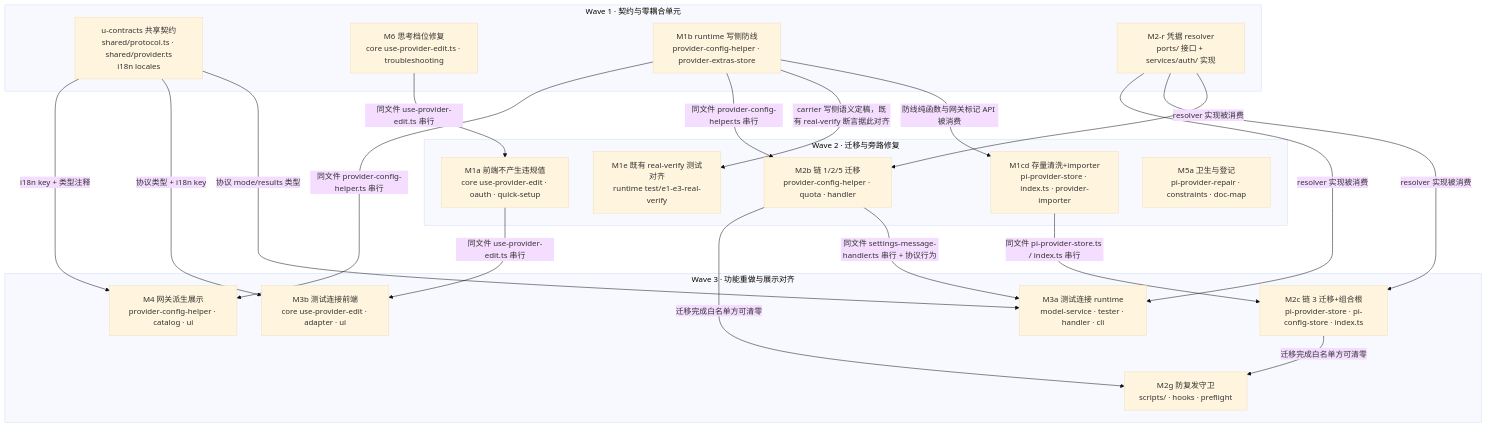
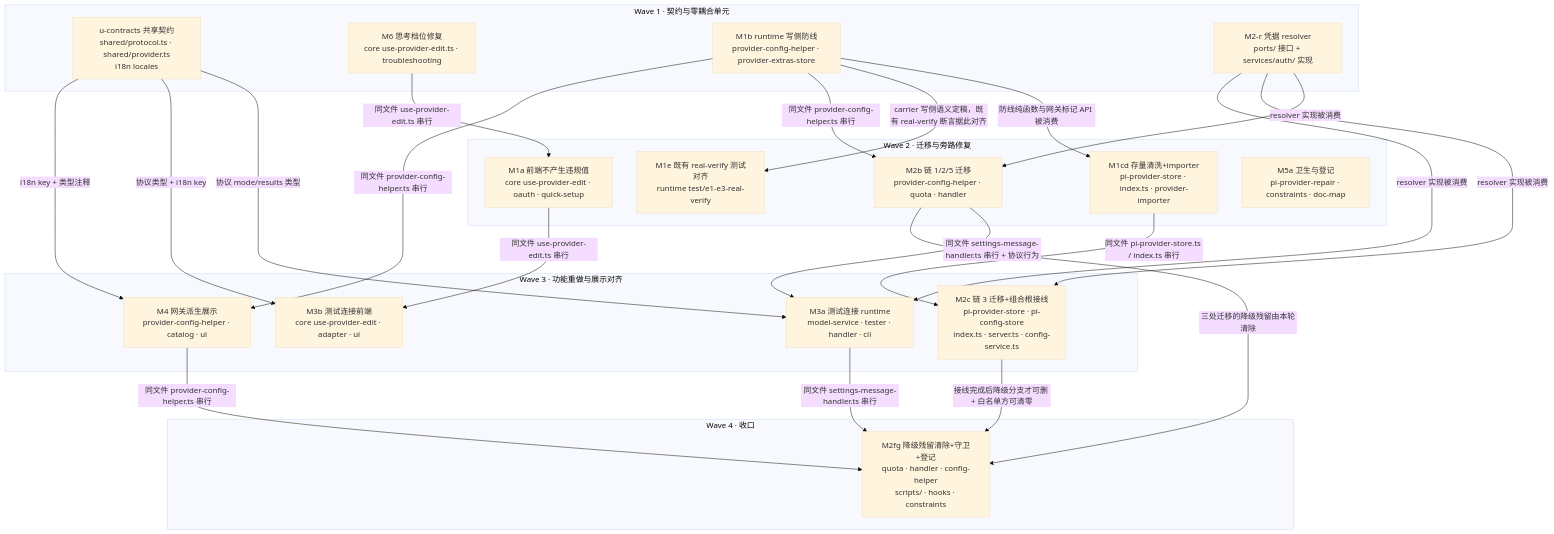
Before and after one commit to zhushanwen321/xyz-agent: the diagram in docs/design/catalog-provider-field-authority.impl-plan.md, drawn with Mermaid (base theme). The commit also changed other lines of this file, not shown here.

Commit message:
docs(impl-plan): merge M2g+M5b into M2fg, extend M2c territory (wave-3/4 restructure)

````diff
--- a/docs/design/catalog-provider-field-authority.impl-plan.md
+++ b/docs/design/catalog-provider-field-authority.impl-plan.md
@@ -66,39 +67,43 @@
 ```mermaid
 graph TD
   subgraph W1[Wave 1 · 契约与零耦合单元]
     U0["u-contracts 共享契约<br/>shared/protocol.ts · shared/provider.ts<br/>i18n locales"]
     U6["M6 思考档位修复<br/>core use-provider-edit.ts · troubleshooting"]
     U1B["M1b runtime 写侧防线<br/>provider-config-helper · provider-extras-store"]
     U2R["M2-r 凭据 resolver<br/>ports/ 接口 + services/auth/ 实现"]
   end
   subgraph W2[Wave 2 · 迁移与旁路修复]
     U1A["M1a 前端不产生违规值<br/>core use-provider-edit · oauth · quick-setup"]
     U1CD["M1cd 存量清洗+importer<br/>pi-provider-store · index.ts · provider-importer"]
     U1E["M1e 既有 real-verify 测试对齐<br/>runtime test/e1-e3-real-verify"]
     U2B["M2b 链 1/2/5 迁移<br/>provider-config-helper · quota · handler"]
     U5A["M5a 卫生与登记<br/>pi-provider-repair · constraints · doc-map"]
   end
   subgraph W3[Wave 3 · 功能重做与展示对齐]
-    U2C["M2c 链 3 迁移+组合根<br/>pi-provider-store · pi-config-store · index.ts"]
-    U2G["M2g 防复发守卫<br/>scripts/ · hooks · preflight"]
+    U2C["M2c 链 3 迁移+组合根接线<br/>pi-provider-store · pi-config-store<br/>index.ts · server.ts · config-service.ts"]
     U3A["M3a 测试连接 runtime<br/>model-service · tester · handler · cli"]
     U3B["M3b 测试连接前端<br/>core use-provider-edit · adapter · ui"]
     U4["M4 网关派生展示<br/>provider-config-helper · catalog · ui"]
+  end
+  subgraph W4[Wave 4 · 收口]
+    U2FG["M2fg 降级残留清除+守卫+登记<br/>quota · handler · config-helper<br/>scripts/ · hooks · constraints"]
   end
   U0 -->|"协议 mode/results 类型"| U3A
   U0 -->|"协议类型 + i18n key"| U3B
   U0 -->|"i18n key + 类型注释"| U4
   U6 -->|"同文件 use-provider-edit.ts 串行"| U1A
   U1B -->|"防线纯函数与网关标记 API 被消费"| U1CD
   U1B -->|"carrier 写侧语义定稿，既有 real-verify 断言据此对齐"| U1E
   U1B -->|"同文件 provider-config-helper.ts 串行"| U2B
   U1B -->|"同文件 provider-config-helper.ts 串行"| U4
   U1CD -->|"同文件 pi-provider-store.ts / index.ts 串行"| U2C
   U2R -->|"resolver 实现被消费"| U2B
   U2R -->|"resolver 实现被消费"| U2C
   U2R -->|"resolver 实现被消费"| U3A
   U2B -->|"同文件 settings-message-handler.ts 串行 + 协议行为"| U3A
-  U2B -->|"迁移完成白名单方可清零"| U2G
-  U2C -->|"迁移完成白名单方可清零"| U2G
   U1A -->|"同文件 use-provider-edit.ts 串行"| U3B
+  U2C -->|"接线完成后降级分支才可删 + 白名单方可清零"| U2FG
+  U2B -->|"三处迁移的降级残留由本轮清除"| U2FG
+  U3A -->|"同文件 settings-message-handler.ts 串行"| U2FG
+  U4 -->|"同文件 provider-config-helper.ts 串行"| U2FG
 ```
````
